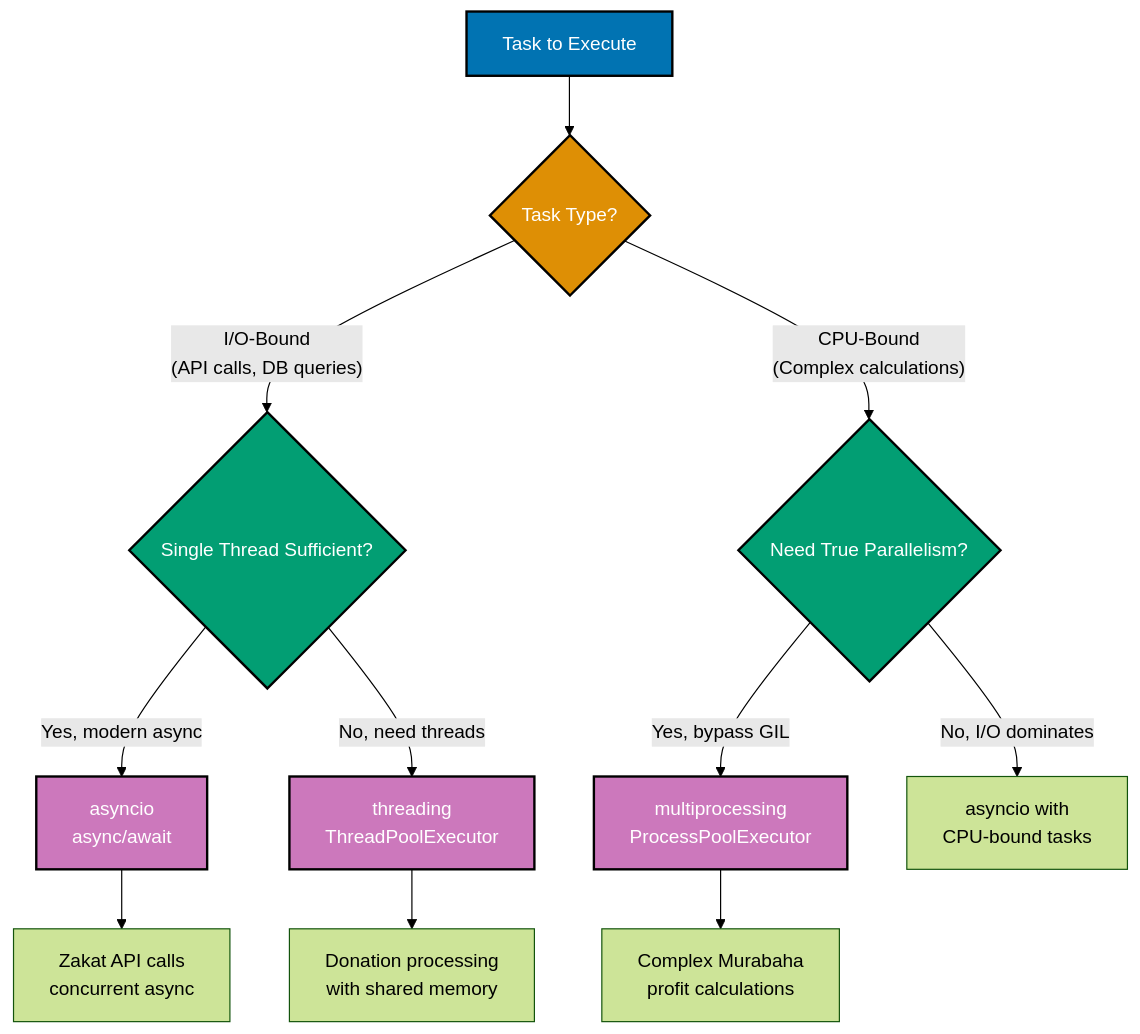
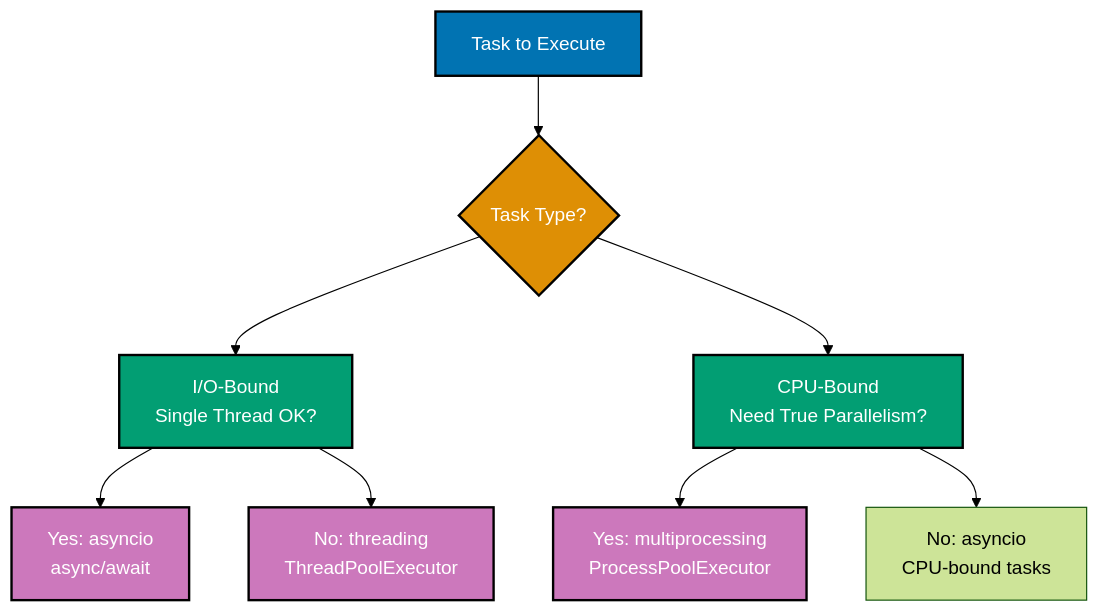
The fifth of 8 diagrams in docs/explanation/software-engineering/programming-languages/python/concurrency-and-parallelism.md (wahidyankf/open-sharia-enterprise), drawn with Mermaid (forest theme) before and after one commit. The commit also changed other lines of this file and 12 other files, not shown here.

First line of the commit message:
fix(docs): fix mermaid violations in python docs

````diff
--- a/docs/explanation/software-engineering/programming-languages/python/concurrency-and-parallelism.md
+++ b/docs/explanation/software-engineering/programming-languages/python/concurrency-and-parallelism.md
@@ -420,25 +403,21 @@
 ```mermaid
 %% Color Palette: Blue #0173B2, Orange #DE8F05, Teal #029E73, Purple #CC78BC
 graph TD
   A[Task to Execute] --> B{Task Type?}
-  B -->|I/O-Bound<br/>#40;API calls, DB queries#41;| C{Single Thread Sufficient?}
-  B -->|CPU-Bound<br/>#40;Complex calculations#41;| D{Need True Parallelism?}
+  B --> C["I/O-Bound<br/>Single Thread OK?"]
+  B --> D["CPU-Bound<br/>Need True Parallelism?"]
 
-  C -->|Yes, modern async| E[asyncio<br/>async/await]
-  C -->|No, need threads| F[threading<br/>ThreadPoolExecutor]
+  C --> E["Yes: asyncio<br/>async/await"]
+  C --> F["No: threading<br/>ThreadPoolExecutor"]
 
-  D -->|Yes, bypass GIL| G[multiprocessing<br/>ProcessPoolExecutor]
-  D -->|No, I/O dominates| H[asyncio with<br/>CPU-bound tasks]
-
-  E --> I[Zakat API calls<br/>concurrent async]
-  F --> J[Donation processing<br/>with shared memory]
-  G --> K[Complex Murabaha<br/>profit calculations]
+  D --> G["Yes: multiprocessing<br/>ProcessPoolExecutor"]
+  D --> H["No: asyncio<br/>CPU-bound tasks"]
 
   style A fill:#0173B2,stroke:#000,color:#fff,stroke-width:2px
   style B fill:#DE8F05,stroke:#000,color:#fff,stroke-width:2px
   style C fill:#029E73,stroke:#000,color:#fff,stroke-width:2px
   style D fill:#029E73,stroke:#000,color:#fff,stroke-width:2px
   style E fill:#CC78BC,stroke:#000,color:#fff,stroke-width:2px
   style F fill:#CC78BC,stroke:#000,color:#fff,stroke-width:2px
   style G fill:#CC78BC,stroke:#000,color:#fff,stroke-width:2px
 ```
````
